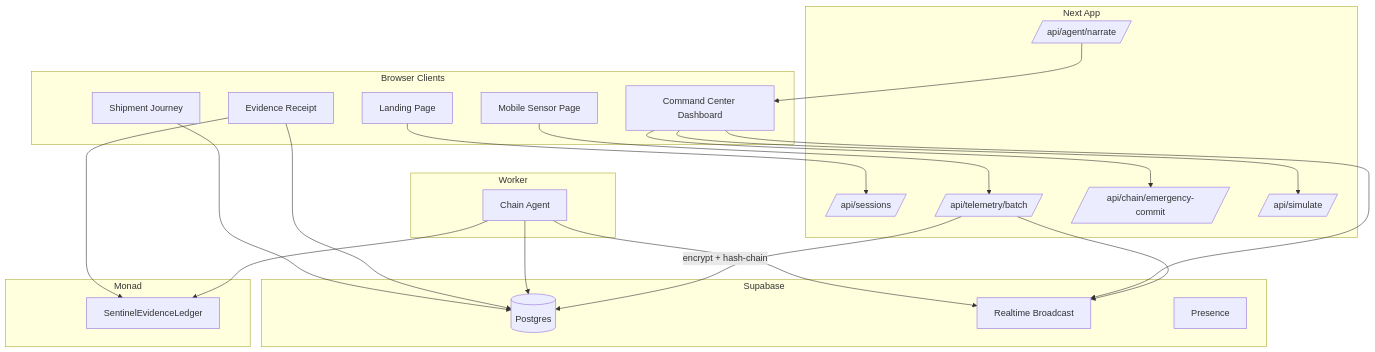
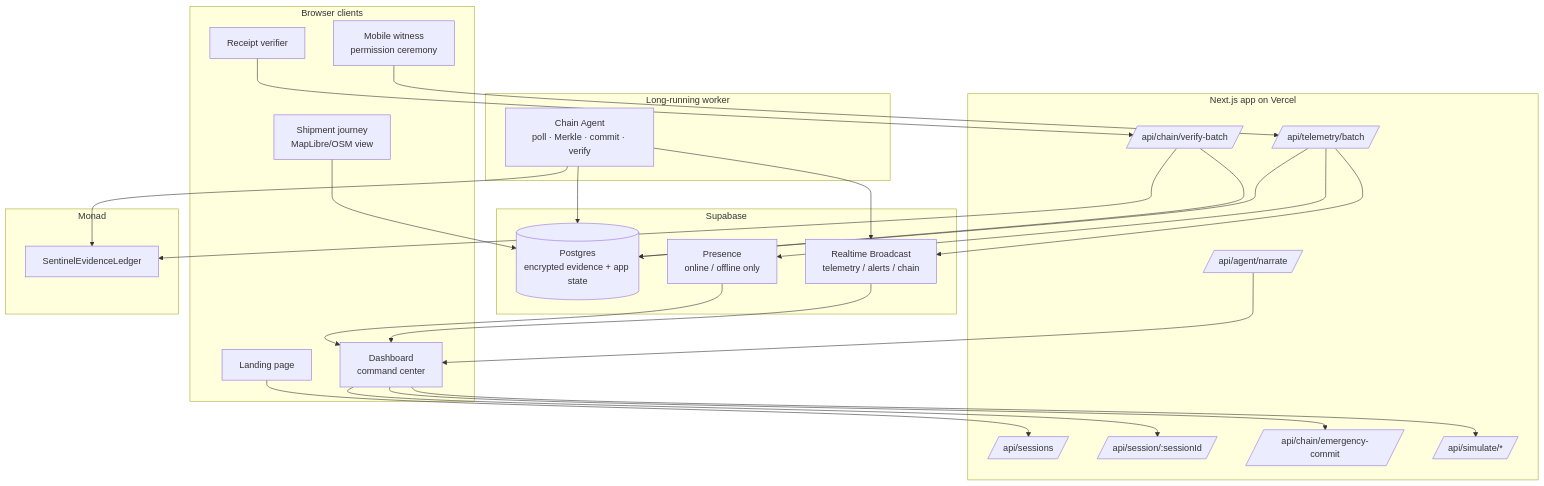
One commit to roshaninfordham/monad-sentinel changed the second of 11 diagrams in docs/architecture.md. Above: the diagram before and after it, drawn with Mermaid. The commit also changed other lines of this file and 22 other files, not shown here.

Commit message:
docs: refresh architecture docs and screenshots

````diff
--- a/docs/architecture.md
+++ b/docs/architecture.md
@@ -30,47 +45,53 @@
 ```mermaid
 flowchart TB
-  subgraph Browser Clients
-    Landing[Landing Page]
-    Mobile[Mobile Sensor Page]
-    Dashboard[Command Center Dashboard]
-    Receipt[Evidence Receipt]
-    Journey[Shipment Journey]
+  subgraph Browser["Browser clients"]
+    Landing[Landing page]
+    Dashboard[Dashboard<br/>command center]
+    Mobile[Mobile witness<br/>permission ceremony]
+    Journey[Shipment journey<br/>MapLibre/OSM view]
+    Receipt[Receipt verifier]
   end
 
-  subgraph Next App
-    SessionsAPI[/api/sessions/]
-    TelemetryAPI[/api/telemetry/batch/]
-    ChainAPI[/api/chain/emergency-commit/]
-    SimAPI[/api/simulate/]
-    NarrateAPI[/api/agent/narrate/]
+  subgraph Vercel["Next.js app on Vercel"]
+    Sessions[/api/sessions/]
+    SessionRead[/api/session/:sessionId/]
+    Telemetry[/api/telemetry/batch/]
+    Emergency[/api/chain/emergency-commit/]
+    Verify[/api/chain/verify-batch/]
+    Simulate[/api/simulate/*/]
+    Narrate[/api/agent/narrate/]
   end
 
   subgraph Supabase
-    DB[(Postgres)]
-    Broadcast[Realtime Broadcast]
-    Presence[Presence]
+    Postgres[(Postgres<br/>encrypted evidence + app state)]
+    Broadcast[Realtime Broadcast<br/>telemetry / alerts / chain]
+    Presence[Presence<br/>online / offline only]
   end
 
-  subgraph Worker
-    ChainAgent[Chain Agent]
+  subgraph Worker["Long-running worker"]
+    ChainAgent[Chain Agent<br/>poll · Merkle · commit · verify]
   end
 
-  subgraph Monad
+  subgraph Chain["Monad"]
     Ledger[SentinelEvidenceLedger]
   end
 
-  Landing --> SessionsAPI
-  Mobile --> TelemetryAPI
-  TelemetryAPI --> Broadcast
-  TelemetryAPI -->|encrypt + hash-chain| DB
-  Dashboard --> Broadcast
-  Dashboard --> SimAPI
-  Dashboard --> ChainAPI
-  ChainAgent --> DB
+  Landing --> Sessions
+  Dashboard --> SessionRead
+  Dashboard --> Emergency
+  Dashboard --> Simulate
+  Mobile --> Telemetry
+  Telemetry --> Postgres
+  Telemetry --> Broadcast
+  Telemetry --> Presence
+  Broadcast --> Dashboard
+  Presence --> Dashboard
+  Journey --> Postgres
+  Receipt --> Verify
+  Verify --> Postgres
+  Verify --> Ledger
+  ChainAgent --> Postgres
   ChainAgent --> Ledger
   ChainAgent --> Broadcast
-  Receipt --> DB
-  Receipt --> Ledger
-  Journey --> DB
-  NarrateAPI --> Dashboard
+  Narrate --> Dashboard
 ```
````
